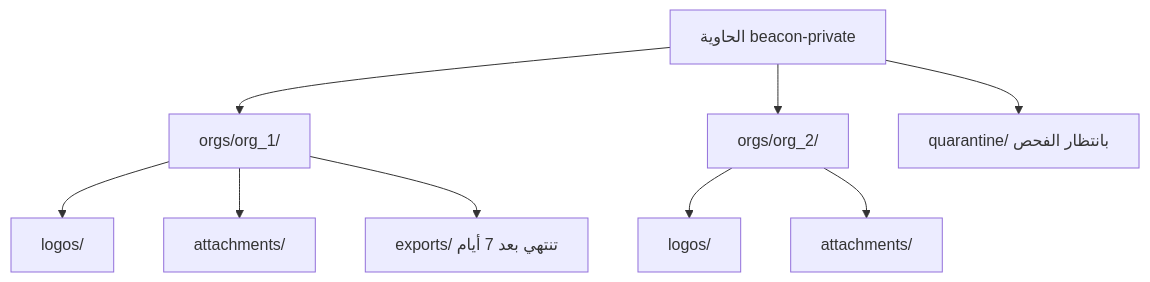
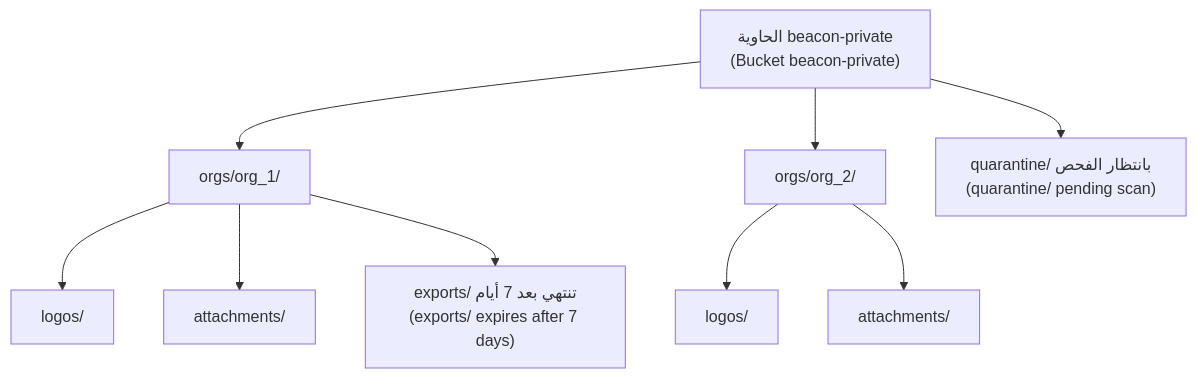
Before and after one commit to Tamoura/system-design-for-vibe-coders: the fourth of 9 diagrams in saas/modules/02-data.ar.md, drawn with Mermaid. The commit also changed other lines of this file and 62 other files, not shown here.

First line of the commit message:
Arabic editions: English on every diagram label, RTL fixes, rebuild

````diff
--- a/saas/modules/02-data.ar.md
+++ b/saas/modules/02-data.ar.md
@@ -400,11 +400,11 @@
 ```mermaid
 flowchart TD
-    B["الحاوية beacon-private"] --> O1["orgs/org_1/"]
+    B["الحاوية beacon-private<br/>(Bucket beacon-private)"] --> O1["orgs/org_1/"]
     B --> O2["orgs/org_2/"]
     O1 --> L1["logos/"]
     O1 --> A1["attachments/"]
-    O1 --> E1["exports/ تنتهي بعد 7 أيام"]
+    O1 --> E1["exports/ تنتهي بعد 7 أيام<br/>(exports/ expires after 7 days)"]
     O2 --> L2["logos/"]
     O2 --> A2["attachments/"]
-    B --> Q["quarantine/ بانتظار الفحص"]
+    B --> Q["quarantine/ بانتظار الفحص<br/>(quarantine/ pending scan)"]
 ```
````
